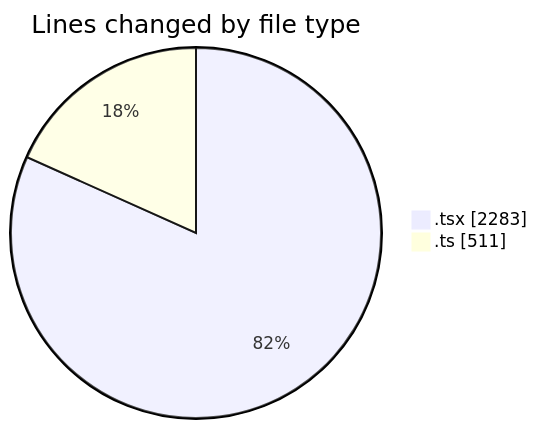
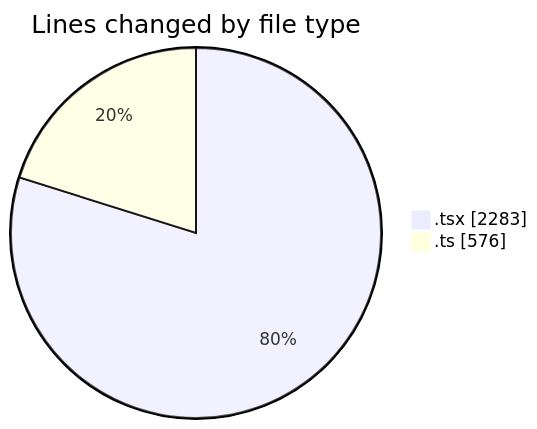
One commit to nxtqubesakshisongat/code-tracking changed the first of 2 diagrams in 2026-02-22/nxtqube_webapp/README.md. Above: the diagram before and after it, drawn with Mermaid. The commit also changed other lines of this file and 1 other file, not shown here.

````diff
--- a/2026-02-22/nxtqube_webapp/README.md
+++ b/2026-02-22/nxtqube_webapp/README.md
@@ -22,6 +22,6 @@
 ```mermaid
 pie showData
 title Lines changed by file type
 ".tsx" : 2283
-".ts" : 511
+".ts" : 576
 ```
````
